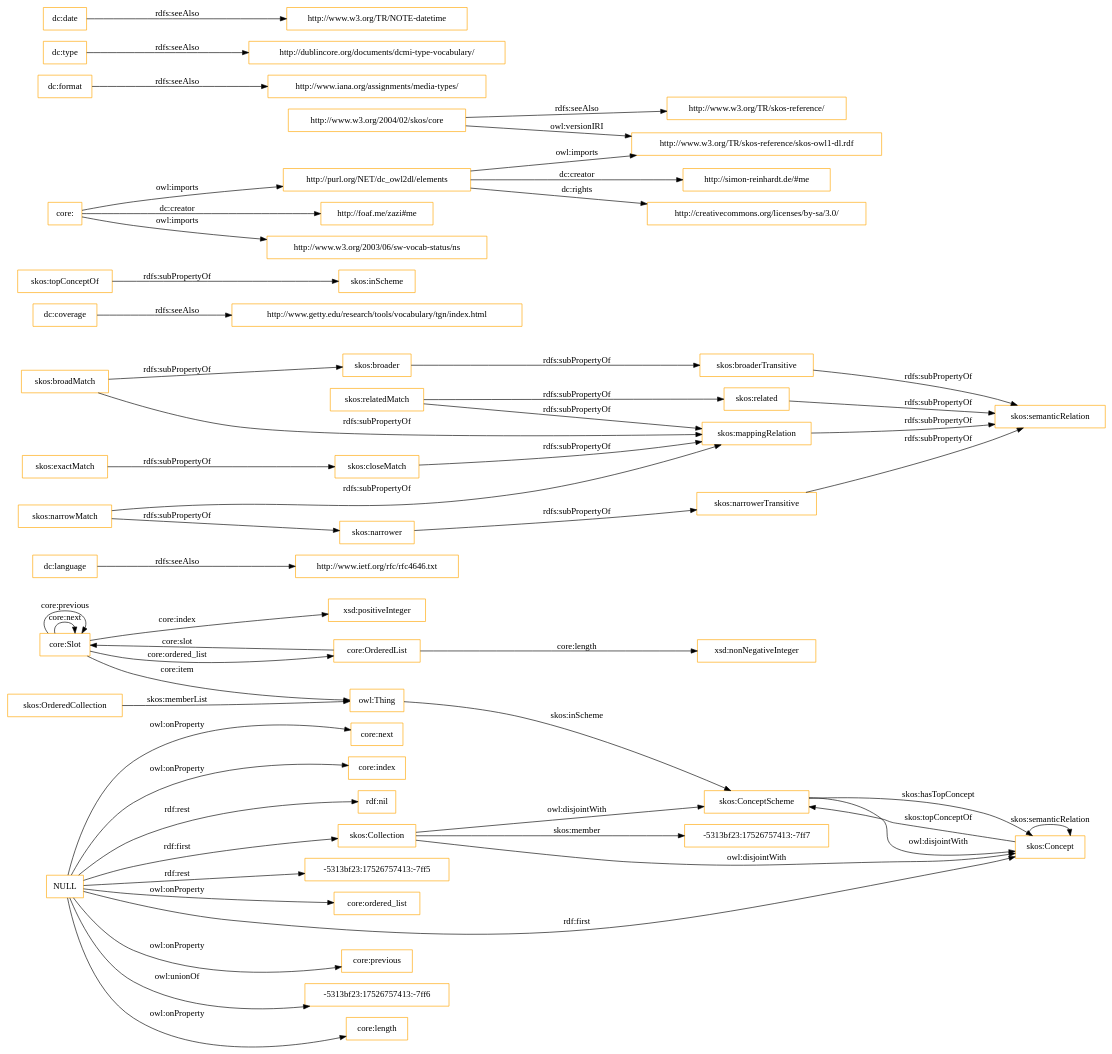
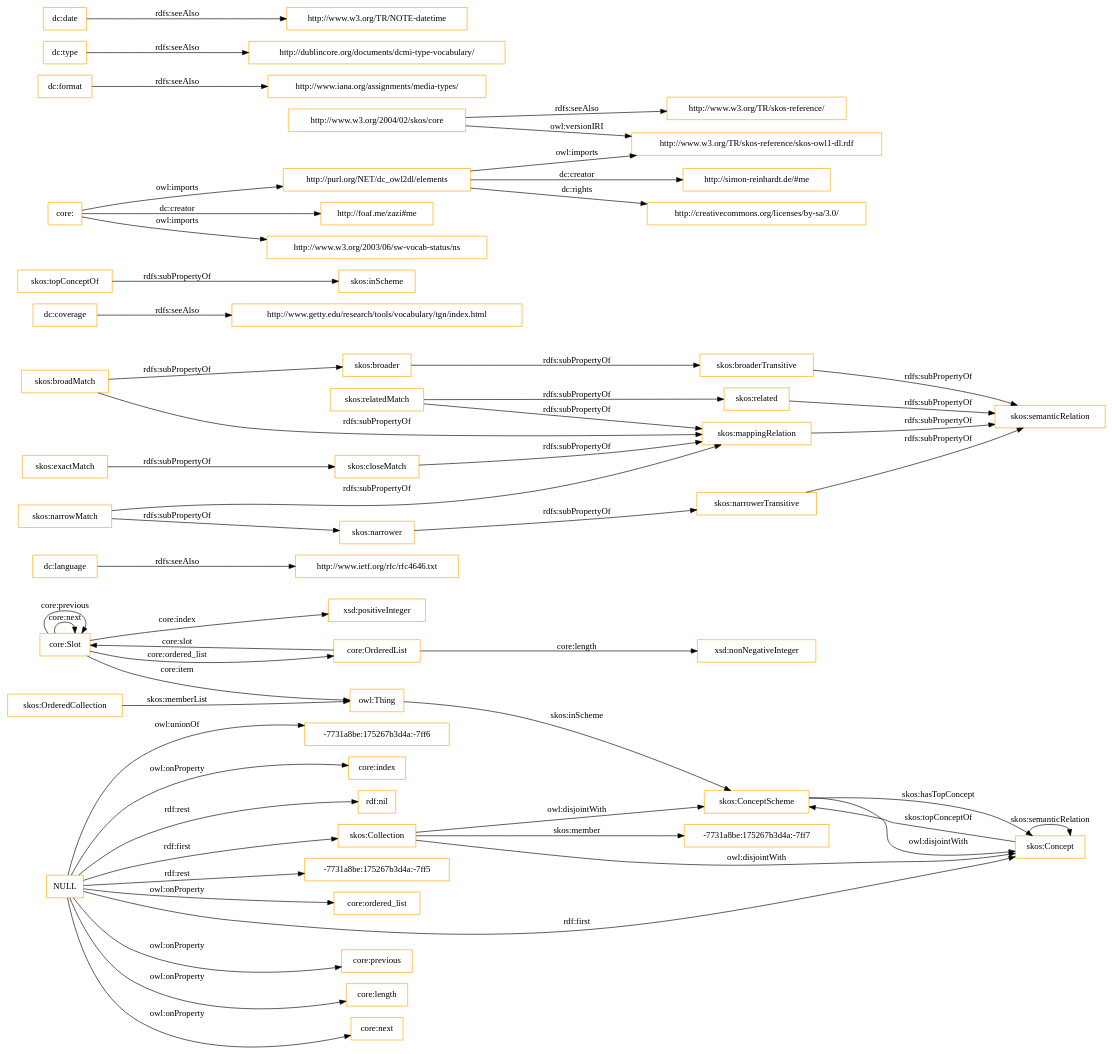
Before and after one commit to OnToologyUser/core-ontology-1: the diagram in OnToology/imports/core.owl/diagrams/ar2dtool-class/core.owl.png.dot, drawn with Graphviz. The commit also changed 14 other files, not shown here.

```diff
--- a/OnToology/imports/core.owl/diagrams/ar2dtool-class/core.owl.png.dot
+++ b/OnToology/imports/core.owl/diagrams/ar2dtool-class/core.owl.png.dot
@@ -1,60 +1,60 @@
 digraph ar2dtool_diagram { 
 rankdir=LR;
 size="1501"
-node [shape = rectangle, color="orange"]; "core:Slot" "core:OrderedList" "-5313bf23:17526757413:-7ff7" "skos:OrderedCollection" "skos:Collection" "skos:ConceptScheme" "skos:Concept" ; /*classes style*/
+node [shape = rectangle, color="orange"]; "core:Slot" "core:OrderedList" "-7731a8be:175267b3d4a:-7ff7" "skos:OrderedCollection" "skos:Collection" "skos:ConceptScheme" "skos:Concept" ; /*classes style*/
 	"dc:language" -> "http://www.ietf.org/rfc/rfc4646.txt" [ label = "rdfs:seeAlso" ];
 	"NULL" -> "core:previous" [ label = "owl:onProperty" ];
-	"NULL" -> "-5313bf23:17526757413:-7ff6" [ label = "owl:unionOf" ];
 	"NULL" -> "core:length" [ label = "owl:onProperty" ];
 	"NULL" -> "skos:Concept" [ label = "rdf:first" ];
 	"NULL" -> "core:next" [ label = "owl:onProperty" ];
+	"NULL" -> "-7731a8be:175267b3d4a:-7ff6" [ label = "owl:unionOf" ];
 	"NULL" -> "core:index" [ label = "owl:onProperty" ];
 	"NULL" -> "rdf:nil" [ label = "rdf:rest" ];
-	"NULL" -> "-5313bf23:17526757413:-7ff5" [ label = "rdf:rest" ];
+	"NULL" -> "-7731a8be:175267b3d4a:-7ff5" [ label = "rdf:rest" ];
 	"NULL" -> "core:ordered_list" [ label = "owl:onProperty" ];
 	"NULL" -> "skos:Collection" [ label = "rdf:first" ];
 	"skos:closeMatch" -> "skos:mappingRelation" [ label = "rdfs:subPropertyOf" ];
 	"dc:coverage" -> "http://www.getty.edu/research/tools/vocabulary/tgn/index.html" [ label = "rdfs:seeAlso" ];
 	"skos:relatedMatch" -> "skos:related" [ label = "rdfs:subPropertyOf" ];
 	"skos:relatedMatch" -> "skos:mappingRelation" [ label = "rdfs:subPropertyOf" ];
 	"skos:ConceptScheme" -> "skos:Concept" [ label = "owl:disjointWith" ];
 	"skos:related" -> "skos:semanticRelation" [ label = "rdfs:subPropertyOf" ];
 	"skos:topConceptOf" -> "skos:inScheme" [ label = "rdfs:subPropertyOf" ];
 	"skos:broadMatch" -> "skos:broader" [ label = "rdfs:subPropertyOf" ];
 	"skos:broadMatch" -> "skos:mappingRelation" [ label = "rdfs:subPropertyOf" ];
 	"http://purl.org/NET/dc_owl2dl/elements" -> "http://www.w3.org/TR/skos-reference/skos-owl1-dl.rdf" [ label = "owl:imports" ];
 	"http://purl.org/NET/dc_owl2dl/elements" -> "http://creativecommons.org/licenses/by-sa/3.0/" [ label = "dc:rights" ];
 	"http://purl.org/NET/dc_owl2dl/elements" -> "http://simon-reinhardt.de/#me" [ label = "dc:creator" ];
 	"skos:exactMatch" -> "skos:closeMatch" [ label = "rdfs:subPropertyOf" ];
 	"dc:format" -> "http://www.iana.org/assignments/media-types/" [ label = "rdfs:seeAlso" ];
 	"core:" -> "http://foaf.me/zazi#me" [ label = "dc:creator" ];
 	"core:" -> "http://www.w3.org/2003/06/sw-vocab-status/ns" [ label = "owl:imports" ];
 	"core:" -> "http://purl.org/NET/dc_owl2dl/elements" [ label = "owl:imports" ];
 	"skos:broaderTransitive" -> "skos:semanticRelation" [ label = "rdfs:subPropertyOf" ];
 	"skos:mappingRelation" -> "skos:semanticRelation" [ label = "rdfs:subPropertyOf" ];
 	"skos:broader" -> "skos:broaderTransitive" [ label = "rdfs:subPropertyOf" ];
 	"dc:type" -> "http://dublincore.org/documents/dcmi-type-vocabulary/" [ label = "rdfs:seeAlso" ];
 	"http://www.w3.org/2004/02/skos/core" -> "http://www.w3.org/TR/skos-reference/skos-owl1-dl.rdf" [ label = "owl:versionIRI" ];
 	"http://www.w3.org/2004/02/skos/core" -> "http://www.w3.org/TR/skos-reference/" [ label = "rdfs:seeAlso" ];
 	"skos:Collection" -> "skos:ConceptScheme" [ label = "owl:disjointWith" ];
 	"skos:Collection" -> "skos:Concept" [ label = "owl:disjointWith" ];
 	"skos:narrowMatch" -> "skos:narrower" [ label = "rdfs:subPropertyOf" ];
 	"skos:narrowMatch" -> "skos:mappingRelation" [ label = "rdfs:subPropertyOf" ];
 	"skos:narrower" -> "skos:narrowerTransitive" [ label = "rdfs:subPropertyOf" ];
 	"dc:date" -> "http://www.w3.org/TR/NOTE-datetime" [ label = "rdfs:seeAlso" ];
 	"skos:narrowerTransitive" -> "skos:semanticRelation" [ label = "rdfs:subPropertyOf" ];
 	"core:Slot" -> "xsd:positiveInteger" [ label = "core:index" ];
 	"skos:Concept" -> "skos:ConceptScheme" [ label = "skos:topConceptOf" ];
 	"core:Slot" -> "owl:Thing" [ label = "core:item" ];
 	"core:OrderedList" -> "xsd:nonNegativeInteger" [ label = "core:length" ];
 	"core:OrderedList" -> "core:Slot" [ label = "core:slot" ];
-	"skos:Collection" -> "-5313bf23:17526757413:-7ff7" [ label = "skos:member" ];
+	"skos:Collection" -> "-7731a8be:175267b3d4a:-7ff7" [ label = "skos:member" ];
 	"core:Slot" -> "core:Slot" [ label = "core:next" ];
 	"skos:ConceptScheme" -> "skos:Concept" [ label = "skos:hasTopConcept" ];
 	"owl:Thing" -> "skos:ConceptScheme" [ label = "skos:inScheme" ];
 	"core:Slot" -> "core:Slot" [ label = "core:previous" ];
 	"skos:OrderedCollection" -> "owl:Thing" [ label = "skos:memberList" ];
 	"skos:Concept" -> "skos:Concept" [ label = "skos:semanticRelation" ];
 	"core:Slot" -> "core:OrderedList" [ label = "core:ordered_list" ];
 
 }
```
